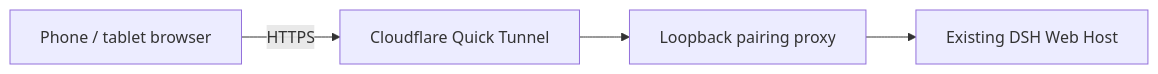
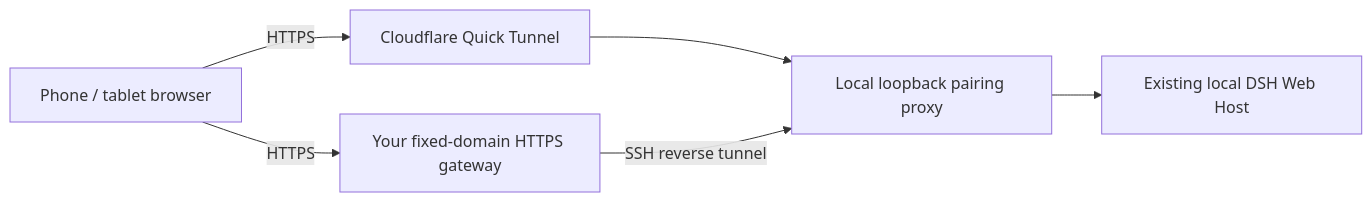
Before and after one commit to slicenferqin/dsh-remote-control: the diagram in README.en.md, drawn with Mermaid. The commit also changed other lines of this file and 19 other files, not shown here.

Commit message:
feat: add persistent fixed HTTPS entry over SSH

````diff
--- a/README.en.md
+++ b/README.en.md
@@ -19,6 +21,8 @@
 ```mermaid
 flowchart LR
-  Phone["Phone / tablet browser"] -->|HTTPS| Tunnel["Cloudflare Quick Tunnel"]
-  Tunnel --> Bridge["Loopback pairing proxy"]
-  Bridge --> DSH["Existing DSH Web Host"]
+  Phone["Phone / tablet browser"] -->|HTTPS| Quick["Cloudflare Quick Tunnel"]
+  Phone -->|HTTPS| Gateway["Your fixed-domain HTTPS gateway"]
+  Quick --> Bridge["Local loopback pairing proxy"]
+  Gateway -->|SSH reverse tunnel| Bridge
+  Bridge --> DSH["Existing local DSH Web Host"]
 ```
````
